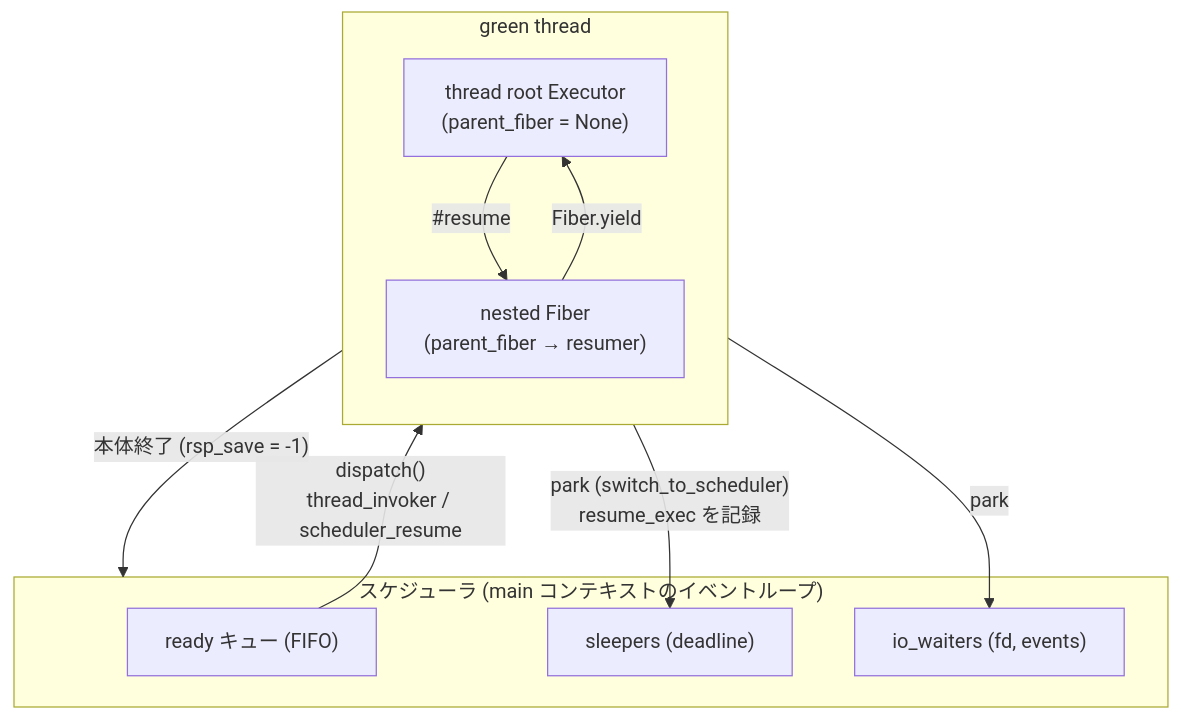
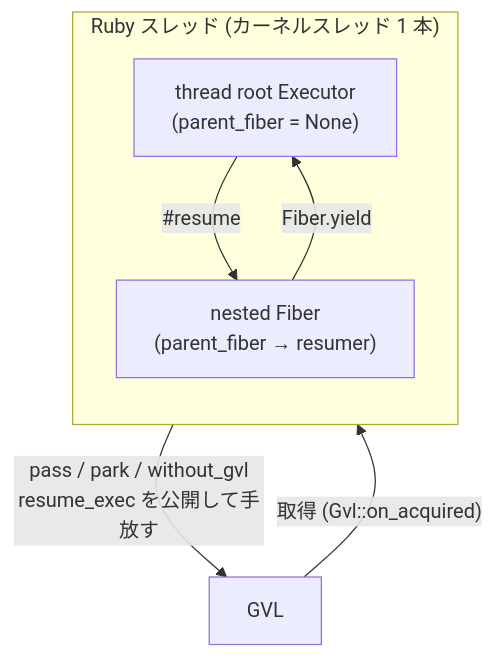
Before and after one commit to sisshiki1969/monoruby: the third of 3 diagrams in doc/scheduler_state_diagram.md, drawn with Mermaid. The commit also changed other lines of this file and 67 other files, not shown here.

First line of the commit message:
Remove the M:1 green-thread model (#2273)

````diff
--- a/doc/scheduler_state_diagram.md
+++ b/doc/scheduler_state_diagram.md
@@ -157,21 +149,15 @@
 ```mermaid
 flowchart TB
-    subgraph sched["スケジューラ (main コンテキストのイベントループ)"]
-        ready["ready キュー (FIFO)"]
-        sleepers["sleepers (deadline)"]
-        io["io_waiters (fd, events)"]
-    end
+    gvl["GVL"]
 
-    subgraph thread["green thread"]
+    subgraph thread["Ruby スレッド (カーネルスレッド 1 本)"]
         direction TB
         root["thread root Executor<br>(parent_fiber = None)"]
         fib["nested Fiber<br>(parent_fiber → resumer)"]
         root -- "#resume" --> fib
         fib -- "Fiber.yield" --> root
     end
 
-    ready -- "dispatch()<br>thread_invoker / scheduler_resume" --> thread
-    thread -- "park (switch_to_scheduler)<br>resume_exec を記録" --> sleepers
-    thread -- "park" --> io
-    thread -- "本体終了 (rsp_save = -1)" --> sched
+    thread -- "pass / park / without_gvl<br>resume_exec を公開して手放す" --> gvl
+    gvl -- "取得 (Gvl::on_acquired)" --> thread
 ```
````
